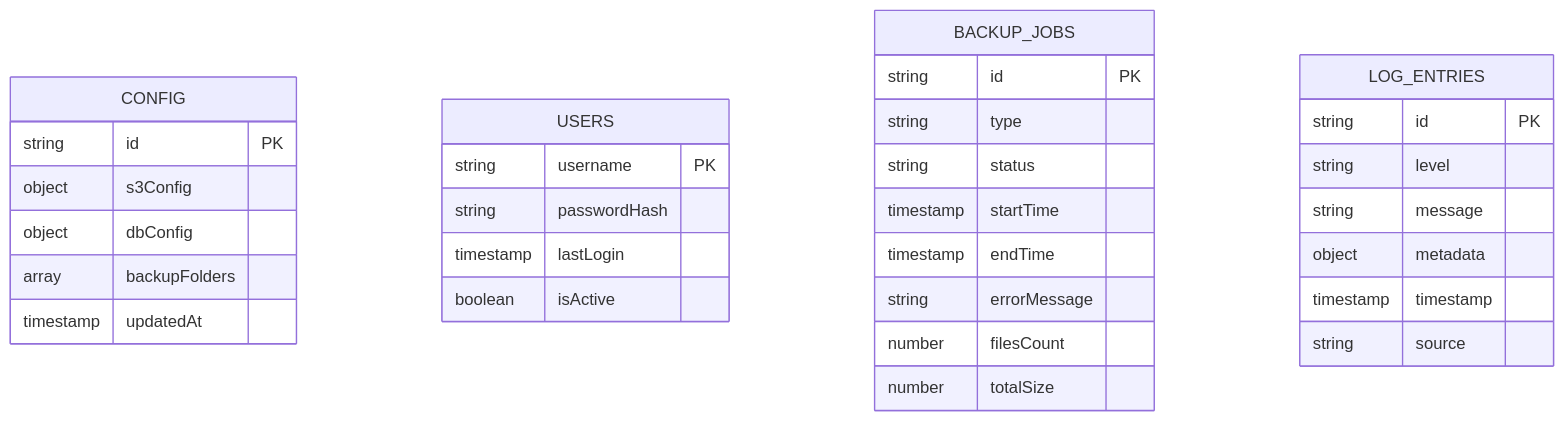
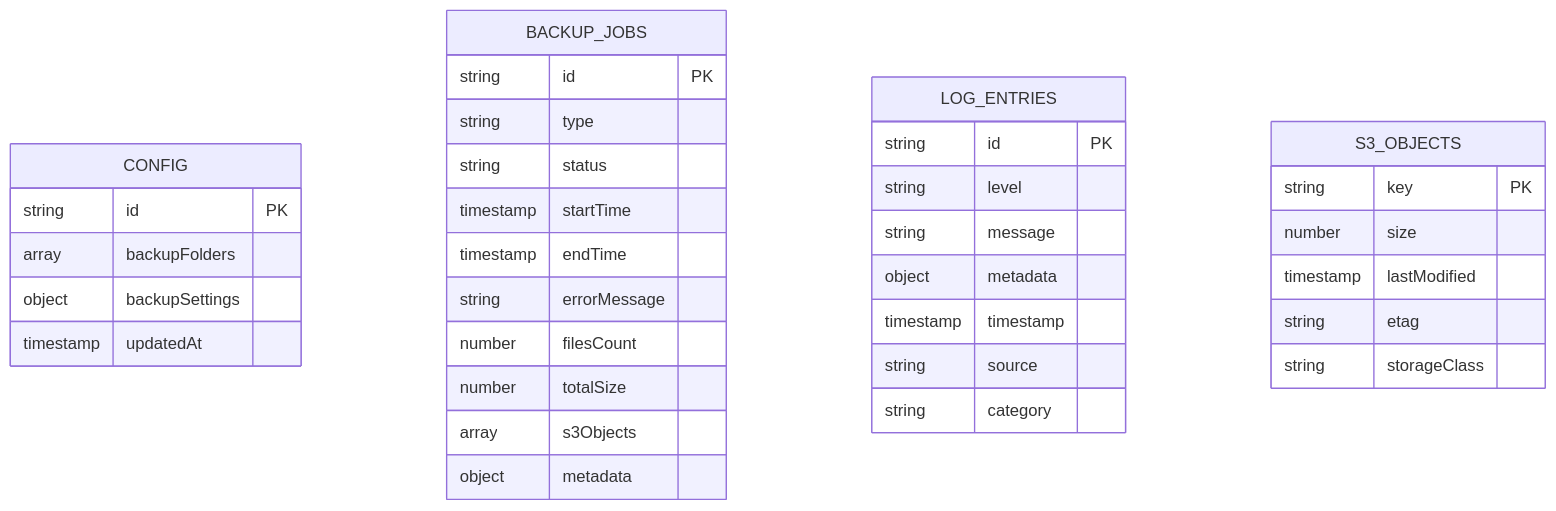
One commit to agc-desarrollo/backup_s3 changed the third of 3 diagrams in .trae/documents/technical_architecture.md. Above: the diagram before and after it, drawn with Mermaid. The commit also changed other lines of this file and 1 other file, not shown here.

First line of the commit message:
docs: update product requirements and technical architecture for API-first approach

````diff
--- a/.trae/documents/technical_architecture.md
+++ b/.trae/documents/technical_architecture.md
@@ -209,38 +412,40 @@
 ```mermaid
 erDiagram
     CONFIG {
         string id PK
-        object s3Config
-        object dbConfig
         array backupFolders
-
+        object backupSettings
         timestamp updatedAt
-    }
-    
-    USERS {
-        string username PK
-        string passwordHash
-        timestamp lastLogin
-        boolean isActive
     }
     
     BACKUP_JOBS {
         string id PK
         string type
         string status
         timestamp startTime
         timestamp endTime
         string errorMessage
         number filesCount
         number totalSize
+        array s3Objects
+        object metadata
     }
     
     LOG_ENTRIES {
         string id PK
         string level
         string message
         object metadata
         timestamp timestamp
         string source
+        string category
+    }
+    
+    S3_OBJECTS {
+        string key PK
+        number size
+        timestamp lastModified
+        string etag
+        string storageClass
     }
 ```
````
